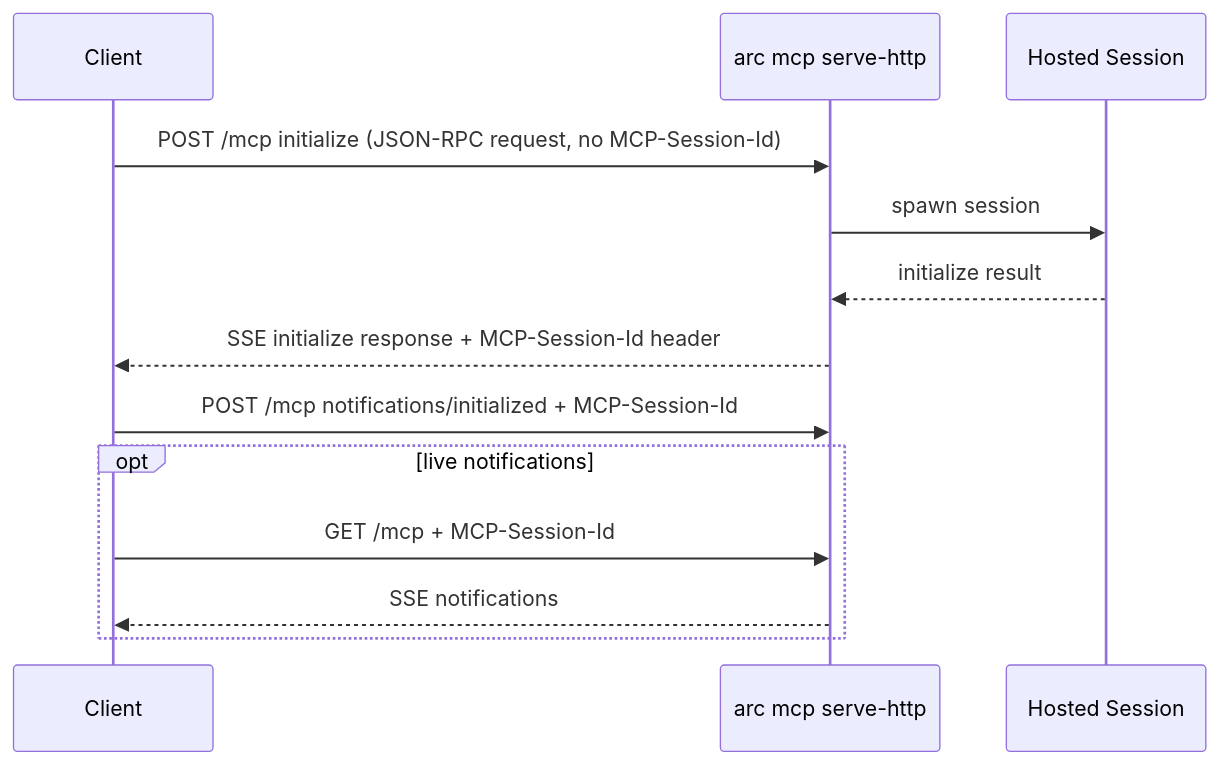
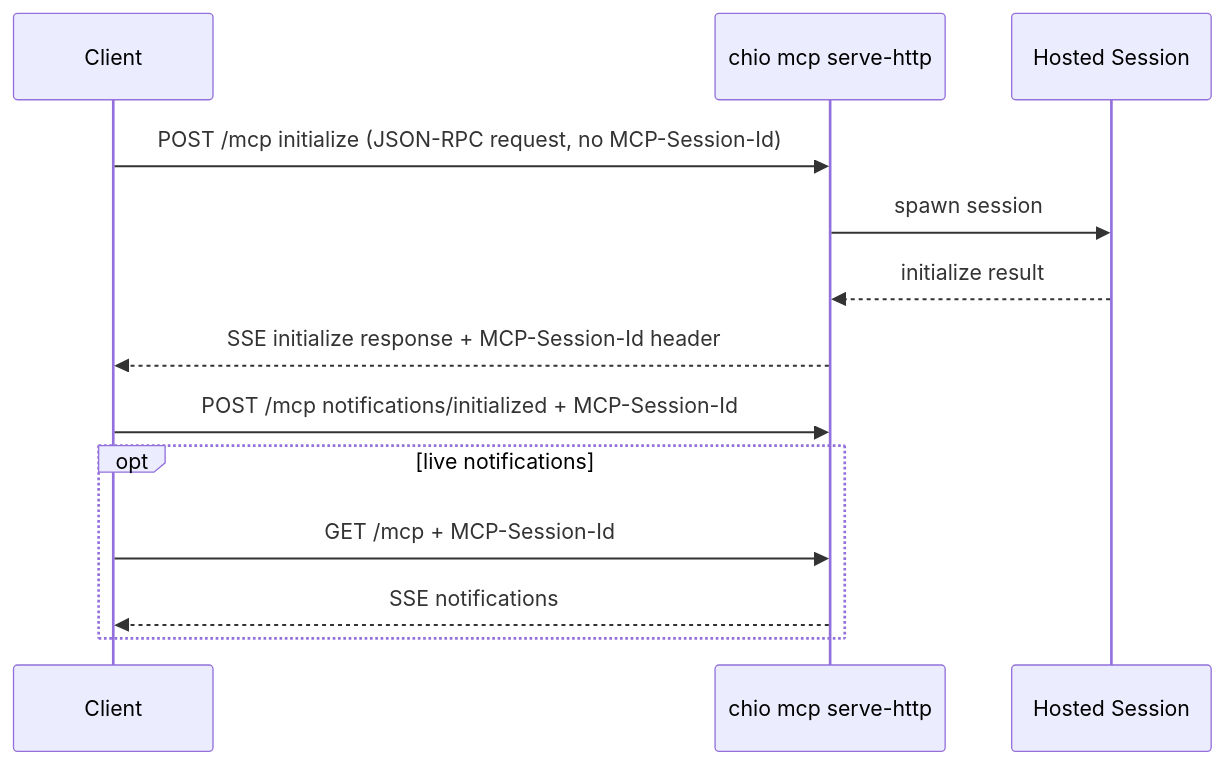
The first of 6 diagrams in spec/WIRE_PROTOCOL.md (bb-connor/arc), drawn with Mermaid before and after one commit. The commit also changed other lines of this file and 12 other files, not shown here.

````diff
--- a/spec/WIRE_PROTOCOL.md
+++ b/spec/WIRE_PROTOCOL.md
@@ -451,16 +451,16 @@
 ```mermaid
 sequenceDiagram
     participant Client
-    participant Edge as arc mcp serve-http
+    participant Edge as chio mcp serve-http
     participant Session as Hosted Session
 
     Client->>Edge: POST /mcp initialize (JSON-RPC request, no MCP-Session-Id)
     Edge->>Session: spawn session
     Session-->>Edge: initialize result
     Edge-->>Client: SSE initialize response + MCP-Session-Id header
     Client->>Edge: POST /mcp notifications/initialized + MCP-Session-Id
     opt live notifications
         Client->>Edge: GET /mcp + MCP-Session-Id
         Edge-->>Client: SSE notifications
     end
 ```
````
